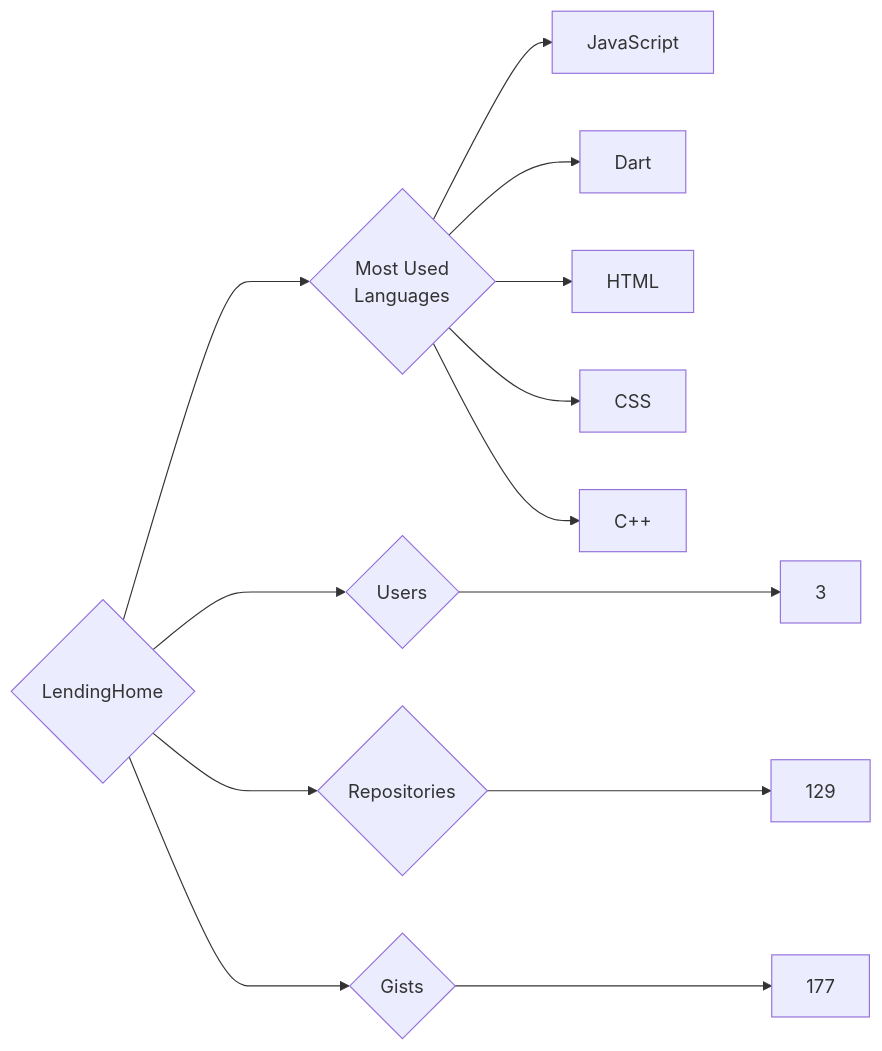
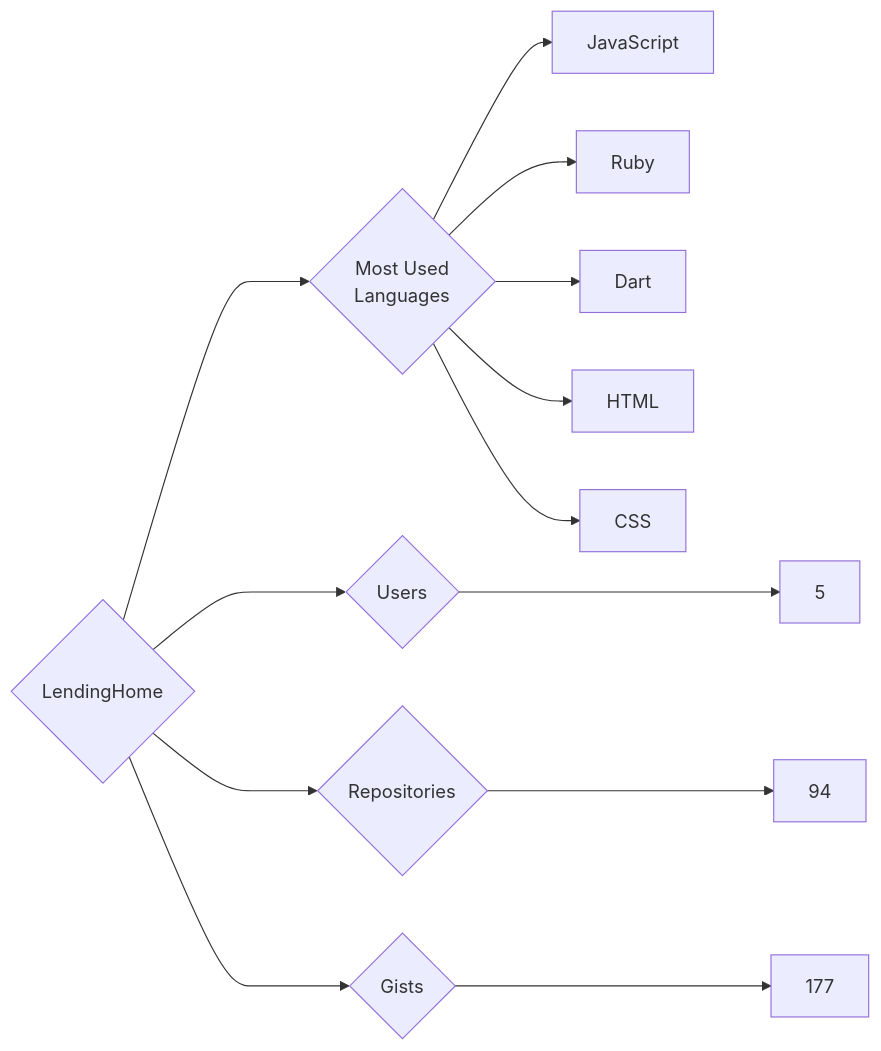
One commit to trickest/insiders changed the diagram in targets/LendingHome/README.md. Above: the diagram before and after it, drawn with Mermaid. The commit also changed 912 other files, not shown here.

````diff
--- a/targets/LendingHome/README.md
+++ b/targets/LendingHome/README.md
@@ -3,13 +3,13 @@
 ```mermaid
 graph LR
 COMPANY_NAME{LendingHome}
-COMPANY_NAME ---> U{Users} ---> UN[3]
-COMPANY_NAME ---> R{Repositories} ---> RN[129]
+COMPANY_NAME ---> U{Users} ---> UN[5]
+COMPANY_NAME ---> R{Repositories} ---> RN[94]
 COMPANY_NAME ---> G{Gists} ---> GN[177]
 COMPANY_NAME ---> ML{Most Used<br>Languages}
 ML --> JavaScript[JavaScript]
+ML --> Ruby[Ruby]
 ML --> Dart[Dart]
 ML --> HTML[HTML]
 ML --> CSS[CSS]
-ML --> C++[C++]
 ```
````
